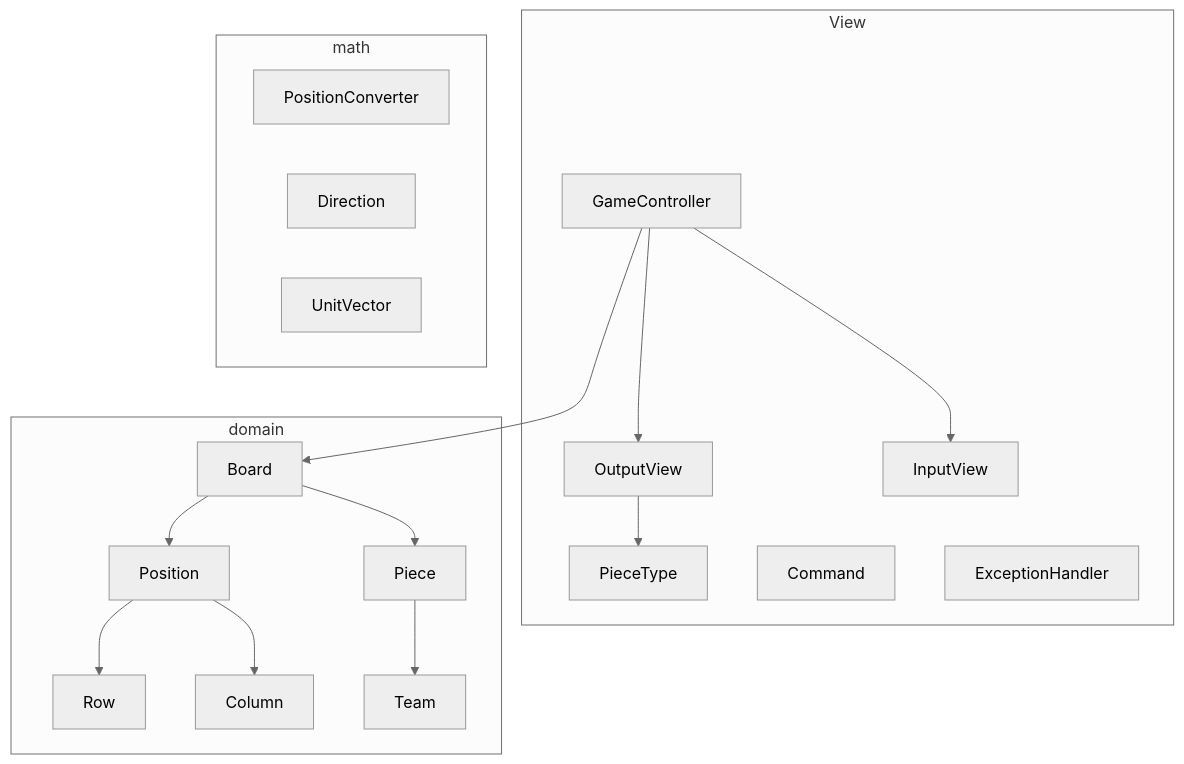
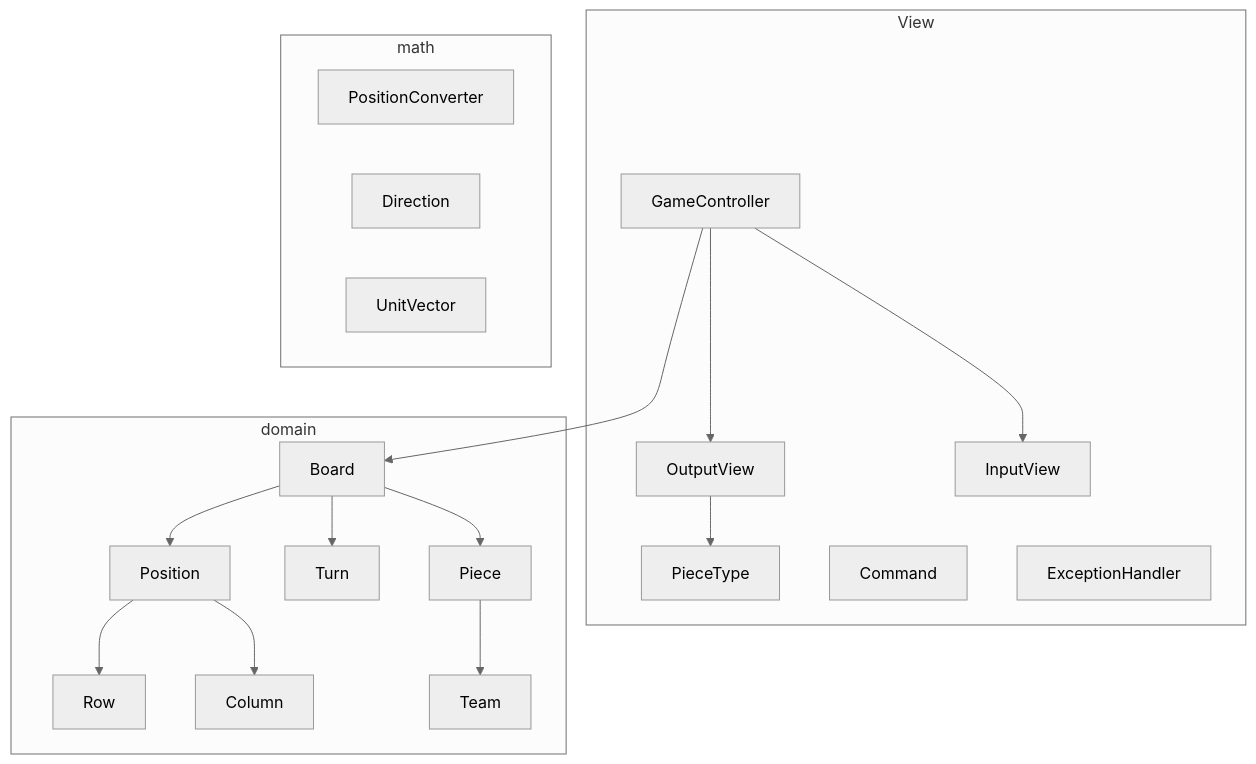
The diagram in README.md (woowacourse/java-chess), drawn with Mermaid (neutral theme) before and after one commit. The commit also changed 6 other files, not shown here.

````diff
--- a/README.md
+++ b/README.md
@@ -9,25 +9,26 @@
 ```mermaid
 graph TD
     subgraph View
         GameController --> OutputView
         GameController --> InputView
         OutputView --> PieceType
         Command
         ExceptionHandler
     end
 
     subgraph domain
         GameController --> Board
         Board --> Position
+        Board --> Turn
         Position --> Row
         Position --> Column
         Board --> Piece
         Piece --> Team
     end
 
     subgraph math
         PositionConverter
         Direction
         UnitVector
     end
 ```
````
